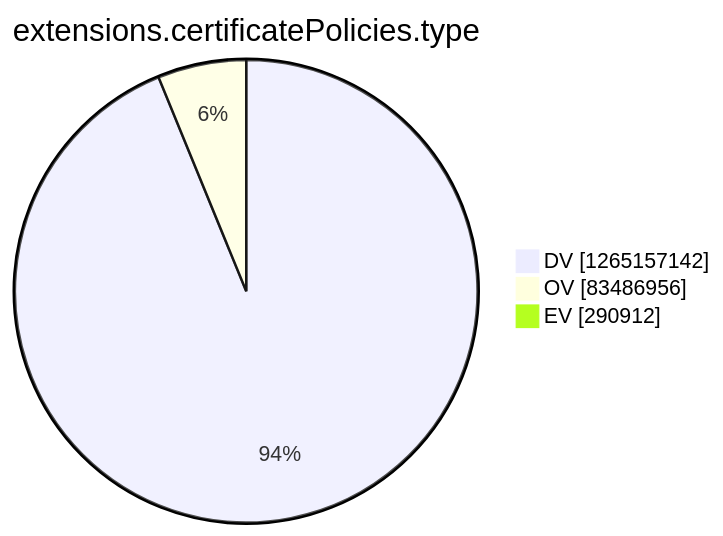
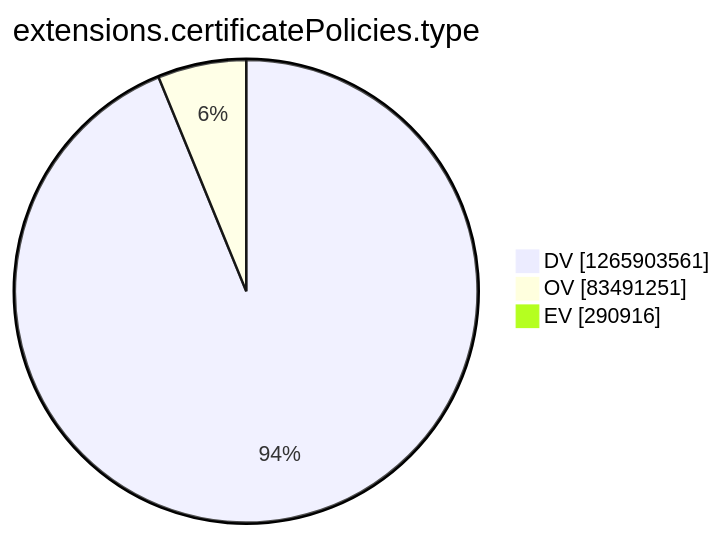
The tenth of 15 diagrams in argon2022/README.md (christiankrug/ctmonitor_visualization), drawn with Mermaid before and after one commit. The commit also changed other lines of this file, not shown here.

````diff
--- a/argon2022/README.md
+++ b/argon2022/README.md
@@ -2771,7 +2771,7 @@
 ```mermaid
 pie showData
 title extensions.certificatePolicies.type
-"DV" :1265157142
-"OV" :83486956
-"EV" :290912
+"DV" :1265903561
+"OV" :83491251
+"EV" :290916
 ```
````
